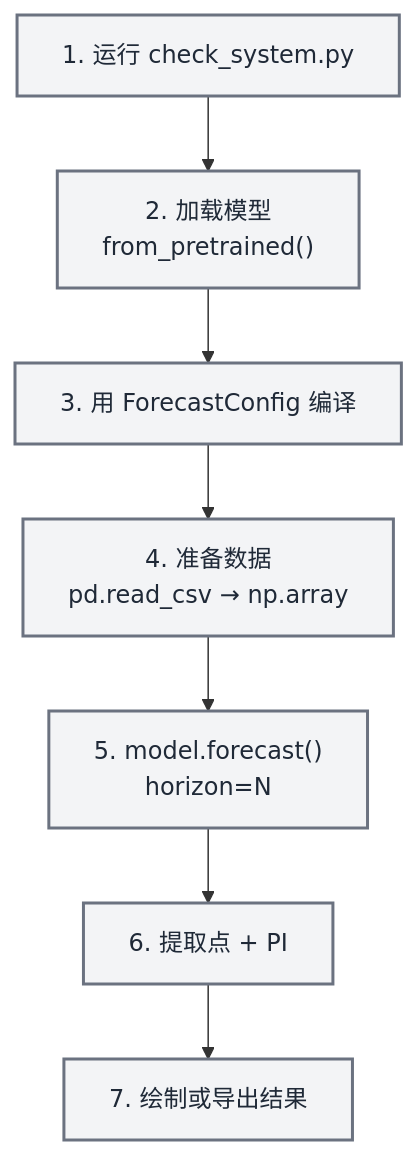
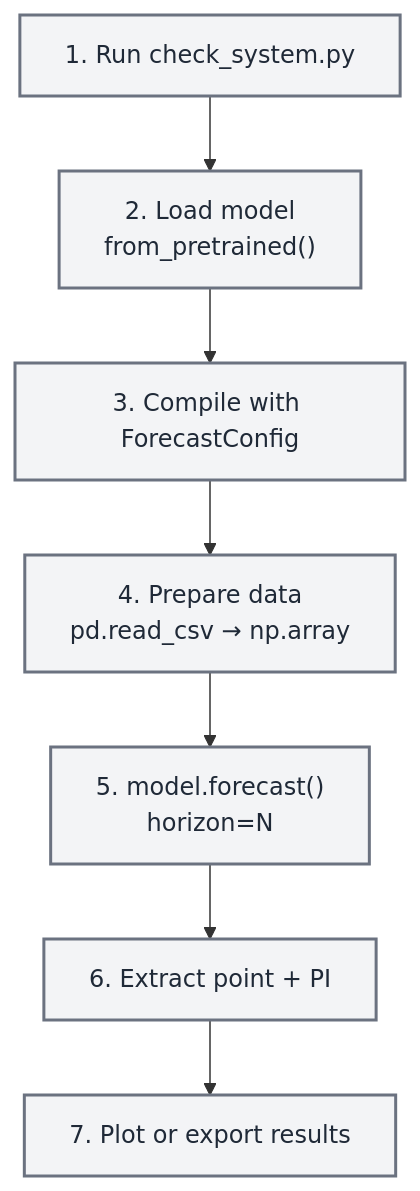
Before and after one commit to lingxling/awesome-skills-cn: the third of 4 diagrams in claude-scientific-skills/scientific-skills/timesfm-forecasting/SKILL_CN.md, drawn with Mermaid. The commit also changed other lines of this file and 2108 other files, not shown here.

````diff
--- a/claude-scientific-skills/scientific-skills/timesfm-forecasting/SKILL_CN.md
+++ b/claude-scientific-skills/scientific-skills/timesfm-forecasting/SKILL_CN.md
@@ -353,15 +366,15 @@
 ```mermaid
 flowchart TD
-    accTitle: 单个系列预测工作流程
-    accDescr: 带有系统检查的单个时间序列预测的分步工作流程。
+    accTitle: Single Series Forecast Workflow
+    accDescr: Step-by-step workflow for forecasting a single time series with system checking.
 
-    check["1. 运行 check_system.py"] --> load["2. 加载模型<br/>from_pretrained()"]
-    load --> compile["3. 用 ForecastConfig 编译"]
-    compile --> prep["4. 准备数据<br/>pd.read_csv → np.array"]
+    check["1. Run check_system.py"] --> load["2. Load model<br/>from_pretrained()"]
+    load --> compile["3. Compile with ForecastConfig"]
+    compile --> prep["4. Prepare data<br/>pd.read_csv → np.array"]
     prep --> forecast["5. model.forecast()<br/>horizon=N"]
-    forecast --> extract["6. 提取点 + PI"]
-    extract --> plot["7. 绘制或导出结果"]
+    forecast --> extract["6. Extract point + PI"]
+    extract --> plot["7. Plot or export results"]
 
     classDef step fill:#f3f4f6,stroke:#6b7280,stroke-width:2px,color:#1f2937
     class check,load,compile,prep,forecast,extract,plot step
 ```
````
